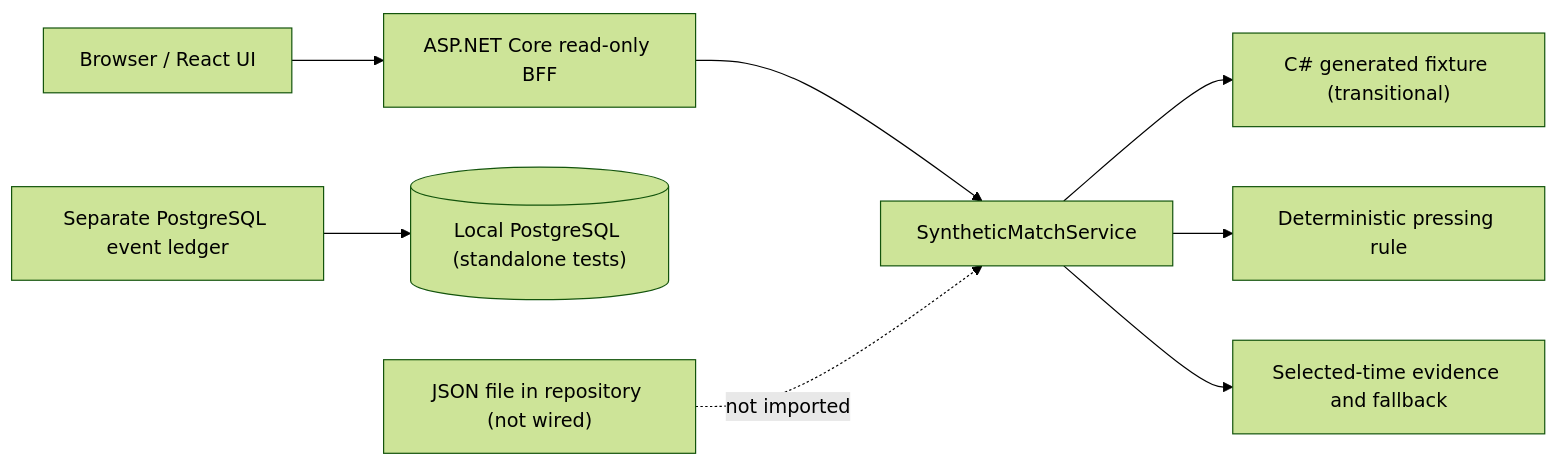
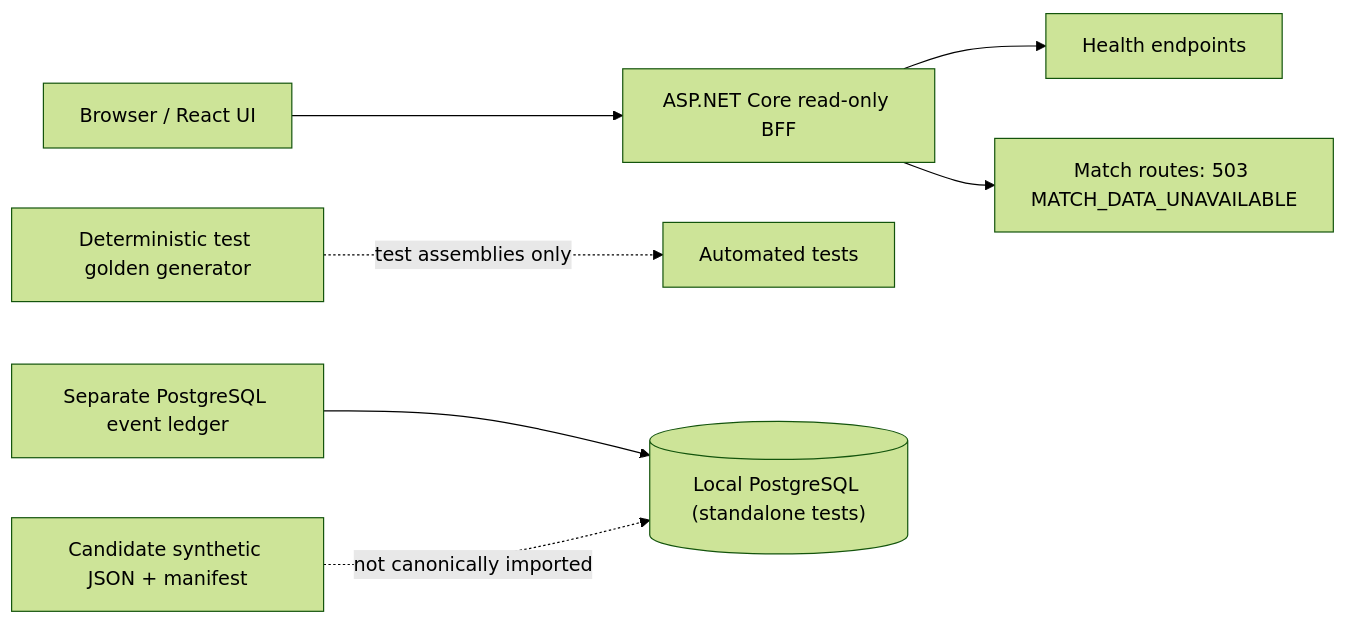
One commit to prateekgangopadhyay/PitchMind changed the first of 2 diagrams in docs/architecture/02-container.md. Above: the diagram before and after it, drawn with Mermaid (forest theme). The commit also changed other lines of this file and 30 other files, not shown here.

````diff
--- a/docs/architecture/02-container.md
+++ b/docs/architecture/02-container.md
@@ -7,10 +7,9 @@
 ```mermaid
 flowchart LR
   U["Browser / React UI"] --> A["ASP.NET Core read-only BFF"]
-  A --> S["SyntheticMatchService"]
-  S --> G["C# generated fixture (transitional)"]
-  S --> T["Deterministic pressing rule"]
-  S --> E["Selected-time evidence and fallback"]
+  A --> H["Health endpoints"]
+  A --> R["Match routes: 503 MATCH_DATA_UNAVAILABLE"]
+  T["Deterministic test golden generator"] -. test assemblies only .-> Tests["Automated tests"]
   L["Separate PostgreSQL event ledger"] --> P[("Local PostgreSQL (standalone tests)")]
-  J["JSON file in repository (not wired)"] -. "not imported" .-> S
+  J["Candidate synthetic JSON + manifest"] -. "not canonically imported" .-> P
 ```
````
